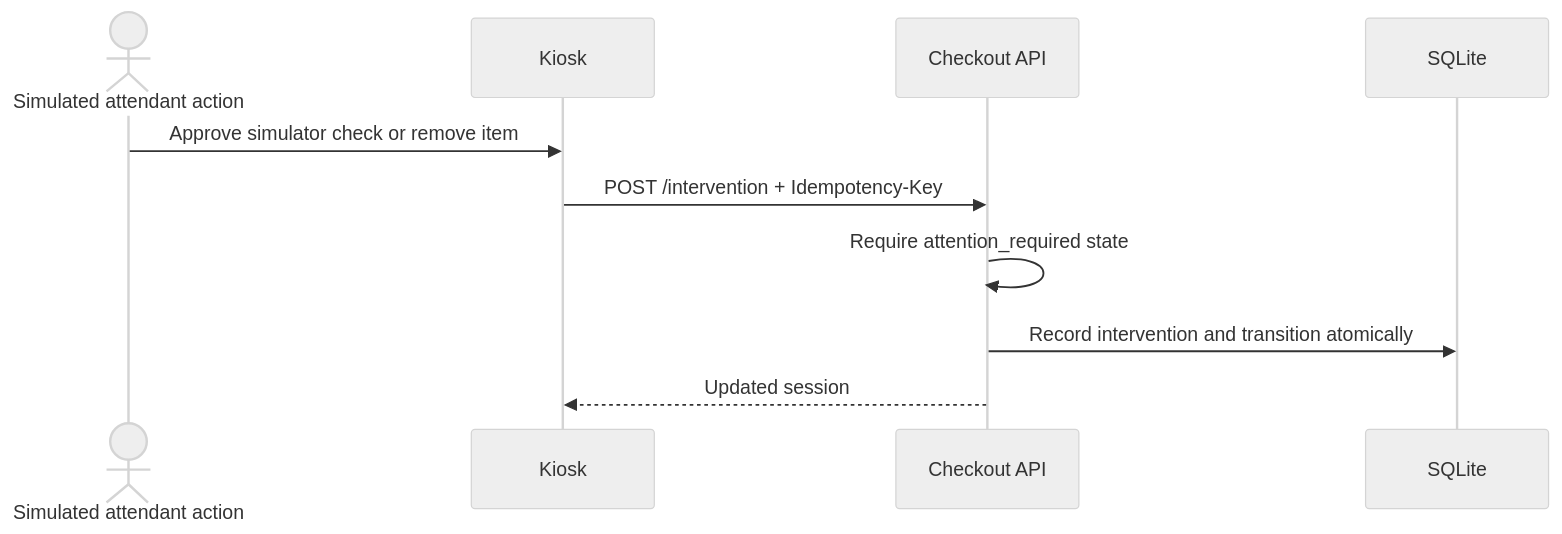
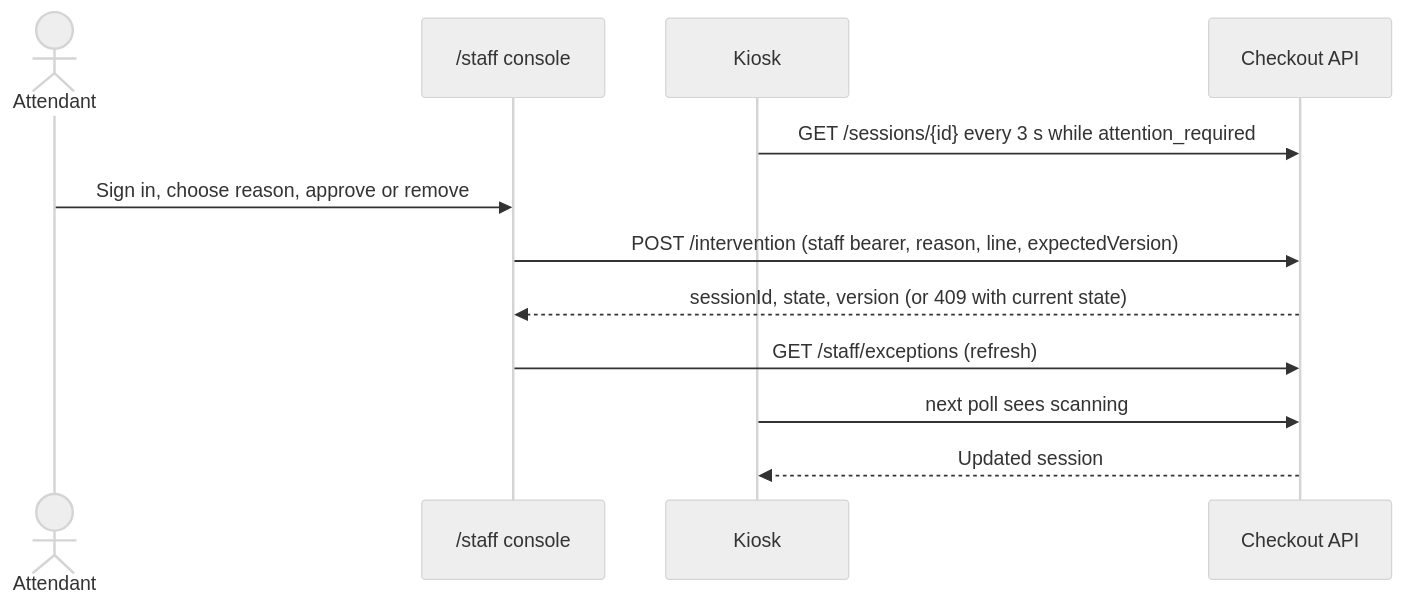
The ninth of 15 diagrams in docs/architecture.md (gopichand-retail-apps/scango-frontend), drawn with Mermaid (neutral theme) before and after one commit. The commit also changed other lines of this file and 29 other files, not shown here.

First line of the commit message:
feat(scn-02): staff console and attendant-only exception resolution

````diff
--- a/docs/architecture.md
+++ b/docs/architecture.md
@@ -210,12 +213,14 @@
 ```mermaid
 sequenceDiagram
-  actor Attendant as Simulated attendant action
-  participant UI as Kiosk
+  actor Attendant
+  participant Staff as /staff console
+  participant Kiosk
   participant API as Checkout API
-  participant DB as SQLite
-  Attendant->>UI: Approve simulator check or remove item
-  UI->>API: POST /intervention + Idempotency-Key
-  API->>API: Require attention_required state
-  API->>DB: Record intervention and transition atomically
-  API-->>UI: Updated session
+  Kiosk->>API: GET /sessions/{id} every 3 s while attention_required
+  Attendant->>Staff: Sign in, choose reason, approve or remove
+  Staff->>API: POST /intervention (staff bearer, reason, line, expectedVersion)
+  API-->>Staff: sessionId, state, version (or 409 with current state)
+  Staff->>API: GET /staff/exceptions (refresh)
+  Kiosk->>API: next poll sees scanning
+  API-->>Kiosk: Updated session
 ```
````
